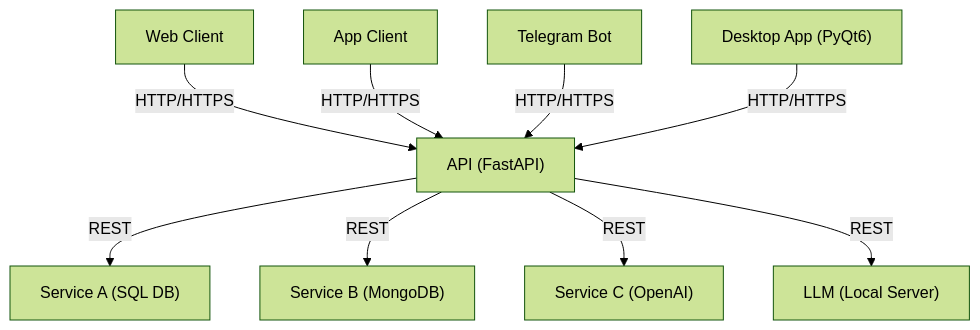
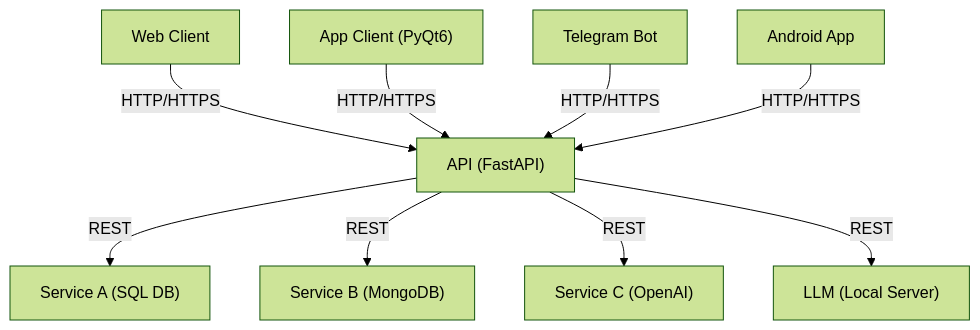
The second of 2 diagrams in docs/README.md (musicnova/KIA-chatGPT), drawn with Mermaid (forest theme) before and after one commit.

````diff
--- a/docs/README.md
+++ b/docs/README.md
@@ -17,12 +17,12 @@
 ```mermaid
 graph TD
     WebClient["Web Client"] -->|HTTP/HTTPS| API["API (FastAPI)"]
-    AppClient["App Client"] -->|HTTP/HTTPS| API
+    AppClient["App Client (PyQt6)"] -->|HTTP/HTTPS| API
     TgBot["Telegram Bot"] -->|HTTP/HTTPS| API
-    DesktopClient["Desktop App (PyQt6)"] -->|HTTP/HTTPS| API
+    AndroidClient["Android App "] -->|HTTP/HTTPS| API
     
     API -->|REST| SQLService["Service A (SQL DB)"]
     API -->|REST| MongoService["Service B (MongoDB)"]
     API -->|REST| OpenAIService["Service C (OpenAI)"]
     API -->|REST| LocalLLM["LLM (Local Server)"]
 ```
````
